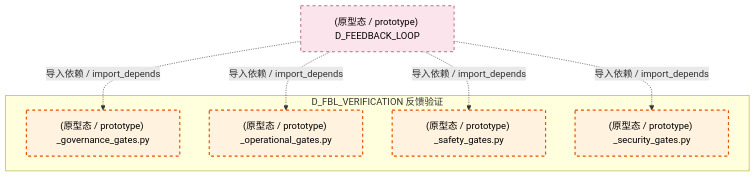
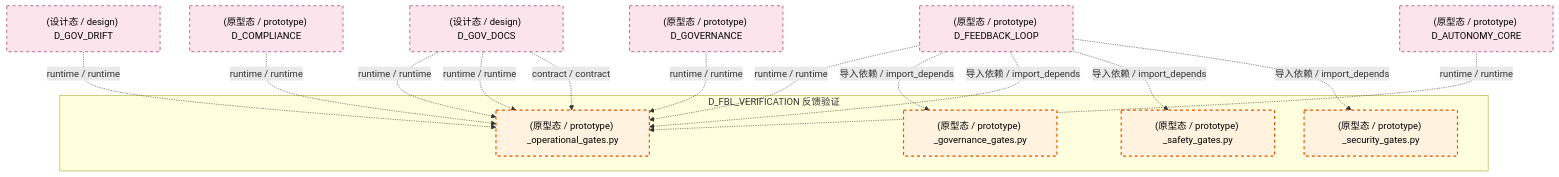
The fourth of 5 diagrams in docs/02_enterprise_architecture/02_domain_architecture_docs/13_d_fbl_verification.md (xuanFelixVan/ZephyrAlpha), drawn with Mermaid before and after one commit. The commit also changed other lines of this file and 124 other files, not shown here.

````diff
--- a/docs/02_enterprise_architecture/02_domain_architecture_docs/13_d_fbl_verification.md
+++ b/docs/02_enterprise_architecture/02_domain_architecture_docs/13_d_fbl_verification.md
@@ -344,20 +337,33 @@
 ```mermaid
 graph TD
     subgraph D_FBL_VERIFICATION["D_FBL_VERIFICATION 反馈验证"]
         src_zephyr_feedback_loop_gates_governance_gates_py["(原型态 / prototype) _governance_gates.py"]
         src_zephyr_feedback_loop_gates_operational_gates_py["(原型态 / prototype) _operational_gates.py"]
         src_zephyr_feedback_loop_gates_safety_gates_py["(原型态 / prototype) _safety_gates.py"]
         src_zephyr_feedback_loop_gates_security_gates_py["(原型态 / prototype) _security_gates.py"]
     end
     D_FEEDBACK_LOOP["(原型态 / prototype) D_FEEDBACK_LOOP"]
+    D_FEEDBACK_LOOP -.->|runtime / runtime| src_zephyr_feedback_loop_gates_operational_gates_py
+    D_GOV_DOCS["(设计态 / design) D_GOV_DOCS"]
+    D_GOV_DOCS -.->|runtime / runtime| src_zephyr_feedback_loop_gates_operational_gates_py
+    D_GOV_DRIFT["(设计态 / design) D_GOV_DRIFT"]
+    D_GOV_DRIFT -.->|runtime / runtime| src_zephyr_feedback_loop_gates_operational_gates_py
+    D_COMPLIANCE["(原型态 / prototype) D_COMPLIANCE"]
+    D_COMPLIANCE -.->|runtime / runtime| src_zephyr_feedback_loop_gates_operational_gates_py
+    D_GOVERNANCE["(原型态 / prototype) D_GOVERNANCE"]
+    D_GOVERNANCE -.->|runtime / runtime| src_zephyr_feedback_loop_gates_operational_gates_py
+    D_GOV_DOCS -.->|runtime / runtime| src_zephyr_feedback_loop_gates_operational_gates_py
+    D_GOV_DOCS -.->|contract / contract| src_zephyr_feedback_loop_gates_operational_gates_py
+    D_AUTONOMY_CORE["(原型态 / prototype) D_AUTONOMY_CORE"]
+    D_AUTONOMY_CORE -.->|runtime / runtime| src_zephyr_feedback_loop_gates_operational_gates_py
     D_FEEDBACK_LOOP -.->|导入依赖 / import_depends| src_zephyr_feedback_loop_gates_governance_gates_py
     D_FEEDBACK_LOOP -.->|导入依赖 / import_depends| src_zephyr_feedback_loop_gates_operational_gates_py
     D_FEEDBACK_LOOP -.->|导入依赖 / import_depends| src_zephyr_feedback_loop_gates_safety_gates_py
     D_FEEDBACK_LOOP -.->|导入依赖 / import_depends| src_zephyr_feedback_loop_gates_security_gates_py
     classDef production fill:#e1f5fe,stroke:#01579b,stroke-width:2px,color:#000
     classDef design fill:#fff3e0,stroke:#e65100,stroke-width:2px,color:#000,stroke-dasharray: 5 5
     classDef external_prod fill:#e8f5e9,stroke:#1b5e20,stroke-width:1px,color:#000
     classDef external_design fill:#fce4ec,stroke:#880e4f,stroke-width:1px,color:#000,stroke-dasharray: 5 5
     class src_zephyr_feedback_loop_gates_governance_gates_py,src_zephyr_feedback_loop_gates_operational_gates_py,src_zephyr_feedback_loop_gates_safety_gates_py,src_zephyr_feedback_loop_gates_security_gates_py design
-    class D_FEEDBACK_LOOP external_design
+    class D_FEEDBACK_LOOP,D_GOV_DOCS,D_GOV_DRIFT,D_COMPLIANCE,D_GOVERNANCE,D_AUTONOMY_CORE external_design
 ```
````
